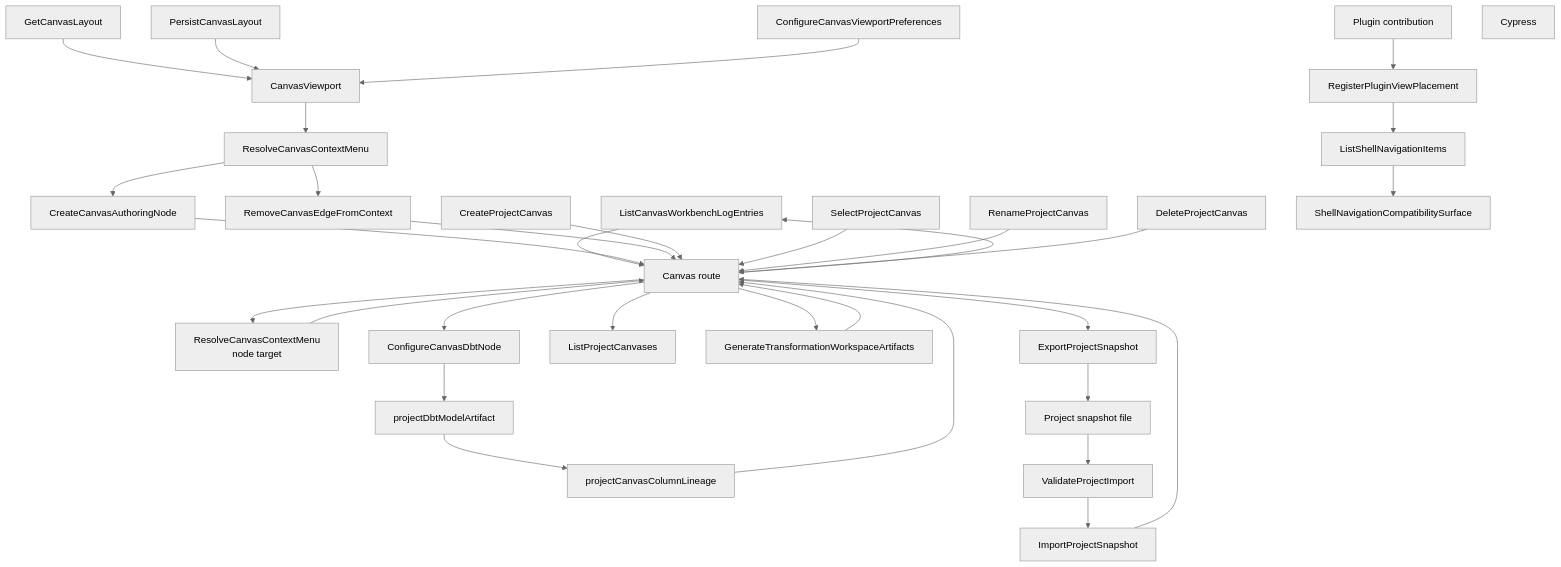
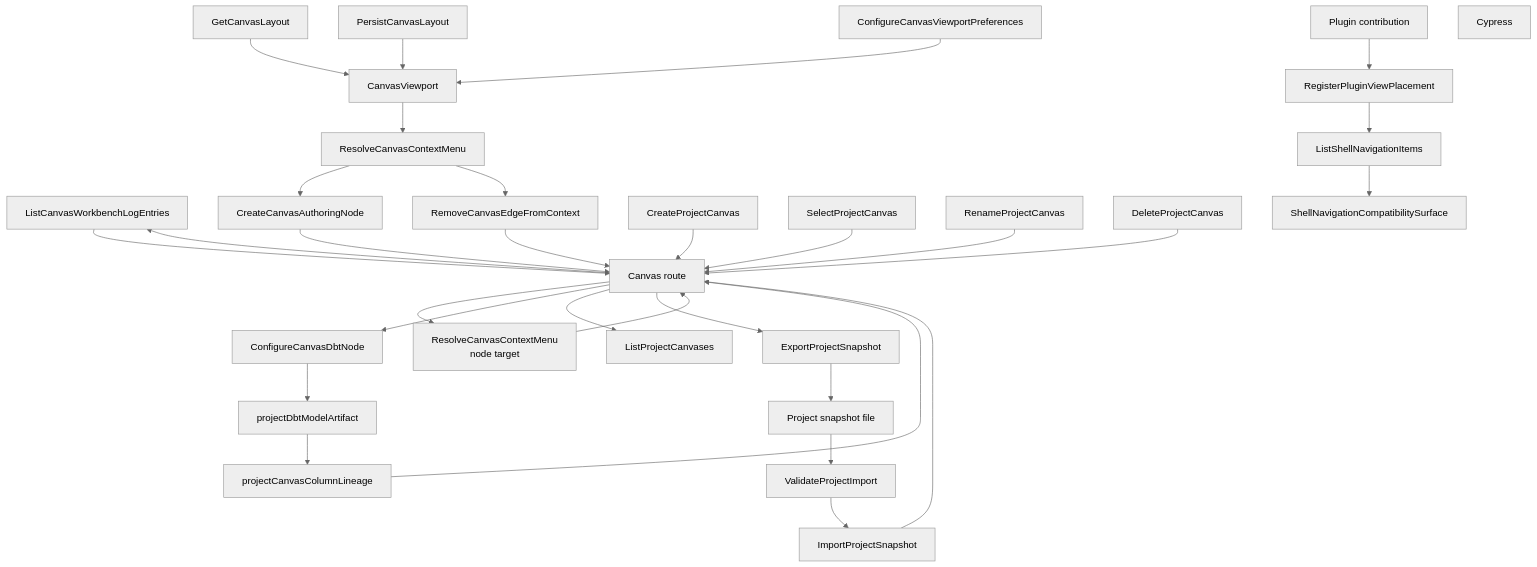
Before and after one commit to dunay2/dvt: the diagram in docs/architecture/components/web/graph/canvas-workbench-command-query-catalog.md, drawn with Mermaid (neutral theme). The commit also changed other lines of this file and 136 other files, not shown here.

````diff
--- a/docs/architecture/components/web/graph/canvas-workbench-command-query-catalog.md
+++ b/docs/architecture/components/web/graph/canvas-workbench-command-query-catalog.md
@@ -170,63 +167,60 @@
 ```mermaid
 flowchart TD
   Plugin["Plugin contribution"]
   Placement["RegisterPluginViewPlacement"]
   ShellQuery["ListShellNavigationItems"]
   LogQuery["ListCanvasWorkbenchLogEntries"]
   LayoutQuery["GetCanvasLayout"]
   LayoutCommand["PersistCanvasLayout"]
   Prefs["ConfigureCanvasViewportPreferences"]
   ContextMenu["ResolveCanvasContextMenu"]
   NodeMenu["ResolveCanvasContextMenu<br>node target"]
   CreateNode["CreateCanvasAuthoringNode"]
   RemoveEdge["RemoveCanvasEdgeFromContext"]
   ConfigureDbt["ConfigureCanvasDbtNode"]
   DbtArtifact["projectDbtModelArtifact"]
   ColumnLineage["projectCanvasColumnLineage"]
   CanvasList["ListProjectCanvases"]
   CanvasCreate["CreateProjectCanvas"]
   CanvasSelect["SelectProjectCanvas"]
   CanvasRename["RenameProjectCanvas"]
   CanvasDelete["DeleteProjectCanvas"]
-  GenerateTransformation["GenerateTransformationWorkspaceArtifacts"]
   ExportSnapshot["ExportProjectSnapshot"]
   ValidateImport["ValidateProjectImport"]
   ImportSnapshot["ImportProjectSnapshot"]
   Shell["ShellNavigationCompatibilitySurface"]
   Canvas["Canvas route"]
   Viewport["CanvasViewport"]
   File["Project snapshot file"]
   Cypress["Cypress"]
 
   Plugin --> Placement
   Placement --> ShellQuery
   ShellQuery --> Shell
   Canvas --> LogQuery
   LogQuery --> Canvas
   LayoutQuery --> Viewport
   LayoutCommand --> Viewport
   Prefs --> Viewport
   Viewport --> ContextMenu
   Canvas --> NodeMenu
   ContextMenu --> CreateNode
   ContextMenu --> RemoveEdge
   Canvas --> ConfigureDbt
   ConfigureDbt --> DbtArtifact
   DbtArtifact --> ColumnLineage
   ColumnLineage --> Canvas
   NodeMenu --> Canvas
   CreateNode --> Canvas
   RemoveEdge --> Canvas
   Canvas --> CanvasList
   CanvasCreate --> Canvas
   CanvasSelect --> Canvas
   CanvasRename --> Canvas
   CanvasDelete --> Canvas
-  Canvas --> GenerateTransformation
-  GenerateTransformation --> Canvas
   Canvas --> ExportSnapshot
   ExportSnapshot --> File
   File --> ValidateImport
   ValidateImport --> ImportSnapshot
   ImportSnapshot --> Canvas
 ```
````
